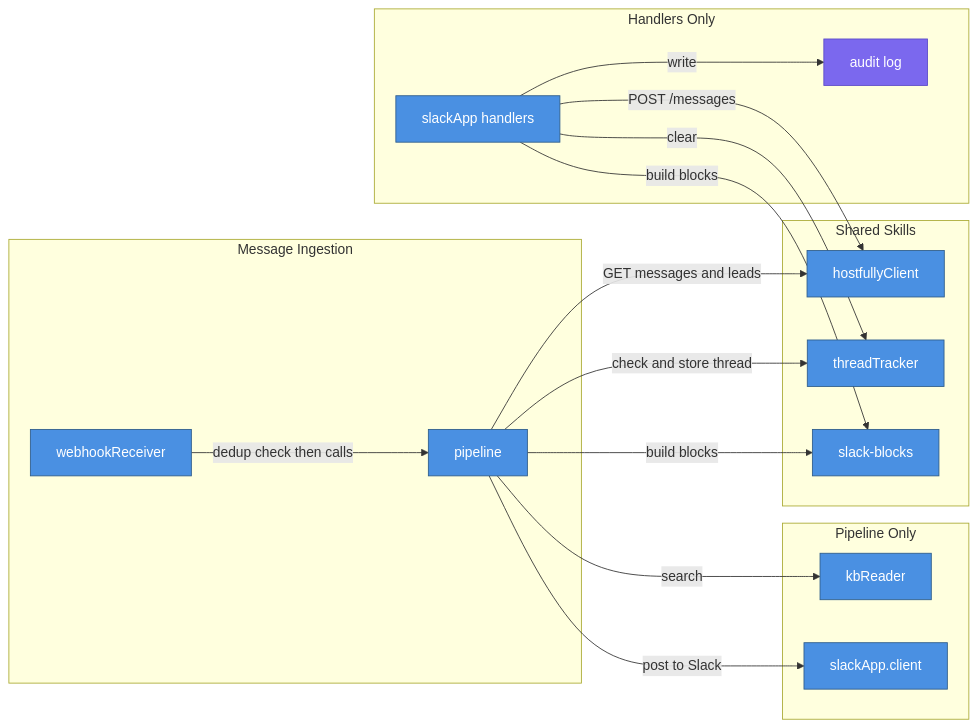
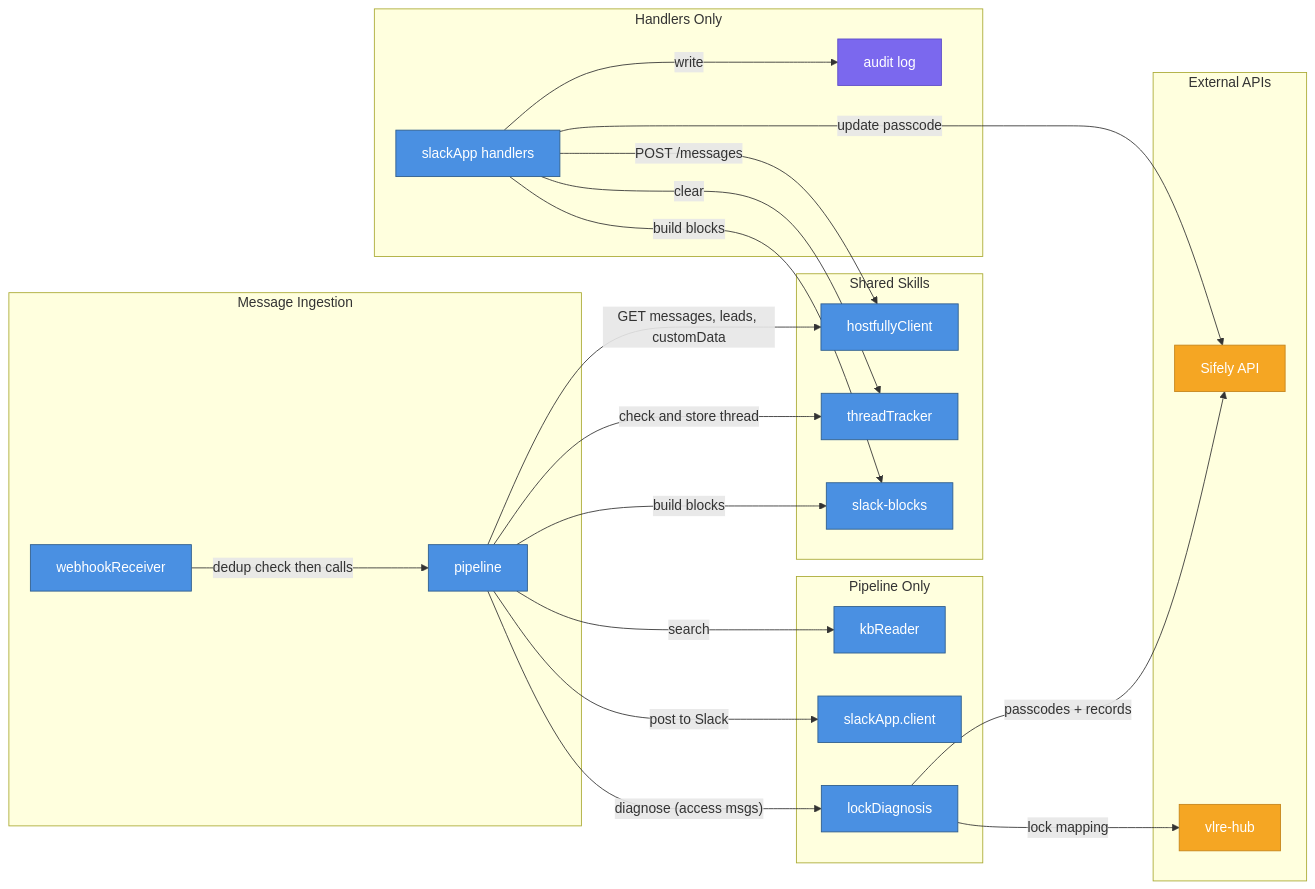
The third of 11 diagrams in docs/2026-03-18-1312-architecture.md (viiqswim/vlre-ai-employee), drawn with Mermaid before and after one commit. The commit also changed other lines of this file and 1 other file, not shown here.

Commit message:
docs: update architecture + add Sifely lock integration feature doc

````diff
--- a/docs/2026-03-18-1312-architecture.md
+++ b/docs/2026-03-18-1312-architecture.md
@@ -128,40 +138,52 @@
 ```mermaid
 graph LR
     subgraph "Message Ingestion"
         WR[webhookReceiver]
         PL[pipeline]
     end
 
     subgraph "Shared Skills"
         HC[hostfullyClient]
         TT[threadTracker]
         SB[slack-blocks]
     end
 
     subgraph "Pipeline Only"
         KB[kbReader]
         SC[slackApp.client]
+        LD[lockDiagnosis]
     end
 
     subgraph "Handlers Only"
         HDL[slackApp handlers]
         AL[audit log]
     end
 
+    subgraph "External APIs"
+        SIF[Sifely API]
+        VH[vlre-hub]
+    end
+
     WR -->|"dedup check then calls"| PL
-    PL -->|"GET messages and leads"| HC
+    PL -->|"GET messages, leads, customData"| HC
     PL -->|"search"| KB
     PL -->|"post to Slack"| SC
     PL -->|"check and store thread"| TT
     PL -->|"build blocks"| SB
+    PL -->|"diagnose (access msgs)"| LD
+    LD -->|"lock mapping"| VH
+    LD -->|"passcodes + records"| SIF
     HDL -->|"POST /messages"| HC
     HDL -->|"clear"| TT
     HDL -->|"build blocks"| SB
     HDL -->|"write"| AL
+    HDL -->|"update passcode"| SIF
 
     classDef service fill:#4A90E2,stroke:#2E5C8A,color:#fff
     classDef storage fill:#7B68EE,stroke:#5B4BC7,color:#fff
+    classDef external fill:#F5A623,stroke:#C4841A,color:#fff
 
-    class WR,PL,HC,TT,SB,KB,SC,HDL service
+    class WR,PL,HC,TT,SB,KB,SC,HDL,LD service
     class AL storage
+    class SIF,VH external
 ```
````
